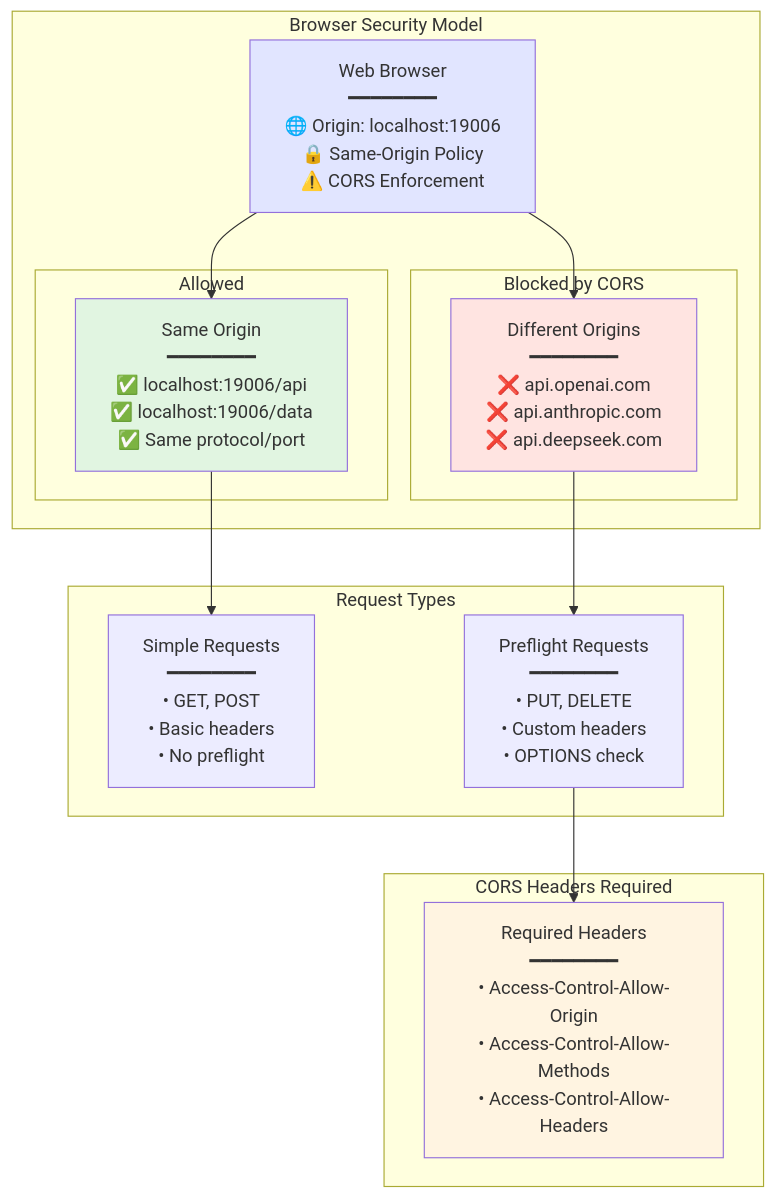
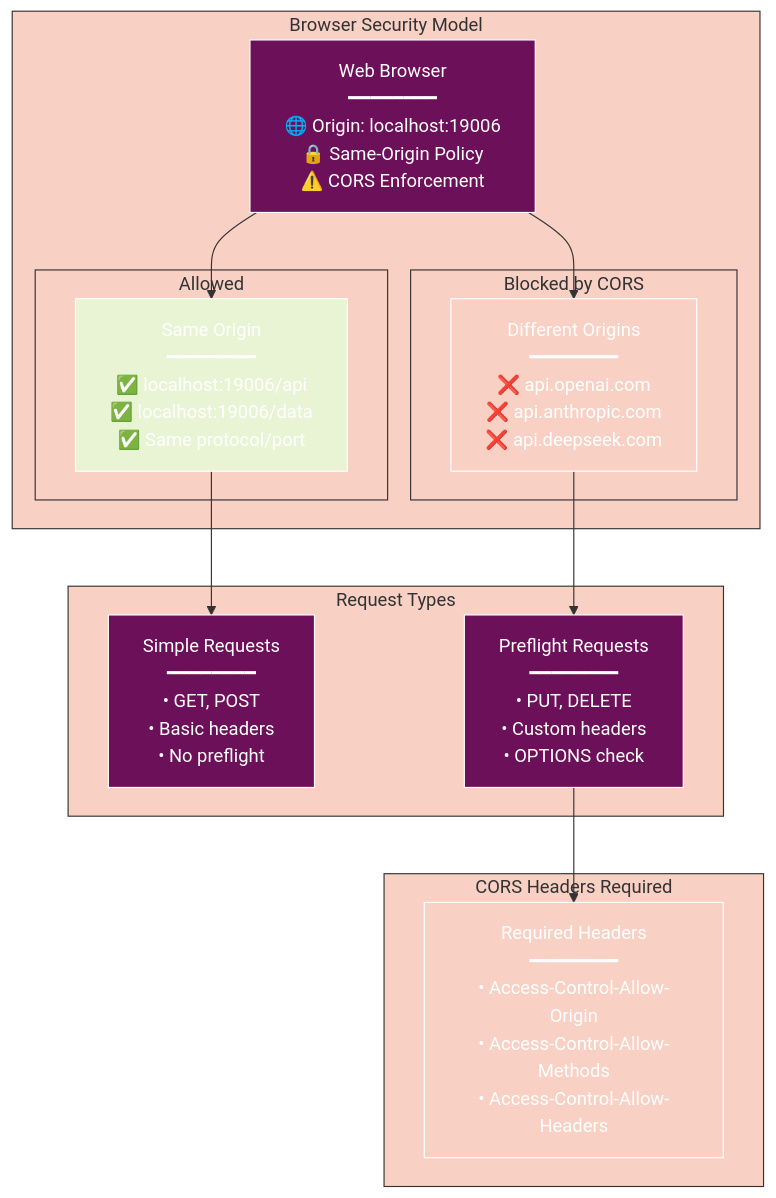
The third of 22 diagrams in docs/API_CORS_HANDLING.md (radicalkjax/Athena), drawn with Mermaid before and after one commit. The commit also changed other lines of this file and 27 other files, not shown here.

Commit message:
Introduction of expo package manager. Updated docs to reflect changes. Unified mermaid theme for docs.

````diff
--- a/docs/API_CORS_HANDLING.md
+++ b/docs/API_CORS_HANDLING.md
@@ -170,36 +212,57 @@
 ```mermaid
+%%{init: {
+  'theme': 'base',
+  'themeVariables': {
+    'primaryColor': '#6d105a',
+    'primaryTextColor': '#ffffff',
+    'primaryBorderColor': '#ffffff',
+    'lineColor': '#333333',
+    'secondaryColor': '#e8f4d4',
+    'secondaryTextColor': '#333333',
+    'secondaryBorderColor': '#333333',
+    'tertiaryColor': '#f9d0c4',
+    'tertiaryTextColor': '#333333',
+    'tertiaryBorderColor': '#333333',
+    'background': '#ffffff',
+    'mainBkg': '#6d105a',
+    'secondBkg': '#e8f4d4',
+    'tertiaryBkg': '#f9d0c4',
+    'textColor': '#333333',
+    'fontFamily': 'Arial, sans-serif'
+  }
+}}%%
 graph TB
     subgraph "Browser Security Model"
         Browser[Web Browser<br/>━━━━━━━━<br/>🌐 Origin: localhost:19006<br/>🔒 Same-Origin Policy<br/>⚠️ CORS Enforcement]
         
         subgraph "Allowed"
             Same1[Same Origin<br/>━━━━━━━━<br/>✅ localhost:19006/api<br/>✅ localhost:19006/data<br/>✅ Same protocol/port]
         end
         
         subgraph "Blocked by CORS"
             Diff1[Different Origins<br/>━━━━━━━━<br/>❌ api.openai.com<br/>❌ api.anthropic.com<br/>❌ api.deepseek.com]
         end
     end
     
     subgraph "Request Types"
         Simple[Simple Requests<br/>━━━━━━━━<br/>• GET, POST<br/>• Basic headers<br/>• No preflight]
         Preflight[Preflight Requests<br/>━━━━━━━━<br/>• PUT, DELETE<br/>• Custom headers<br/>• OPTIONS check]
     end
     
     subgraph "CORS Headers Required"
         Headers[Required Headers<br/>━━━━━━━━<br/>• Access-Control-Allow-Origin<br/>• Access-Control-Allow-Methods<br/>• Access-Control-Allow-Headers]
     end
     
     Browser --> Same1
     Browser --> Diff1
     
     Same1 --> Simple
     Diff1 --> Preflight
     
     Preflight --> Headers
     
-    style Browser fill:#e1e5ff
-    style Same1 fill:#e1f5e1
-    style Diff1 fill:#ffe4e1
-    style Headers fill:#fff4e1
+    style Browser fill:#6d105a
+    style Same1 fill:#e8f4d4
+    style Diff1 fill:#f9d0c4
+    style Headers fill:#f9d0c4
 ```
````
